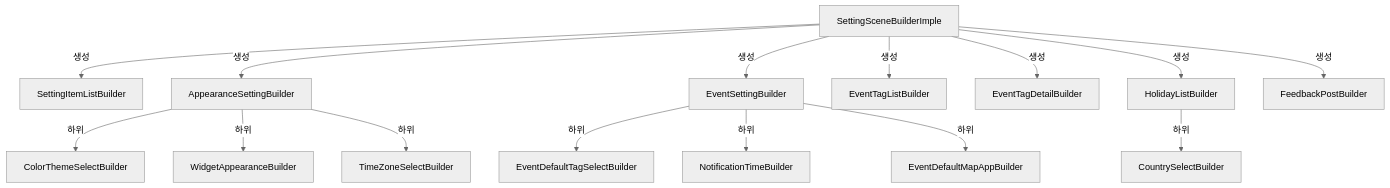
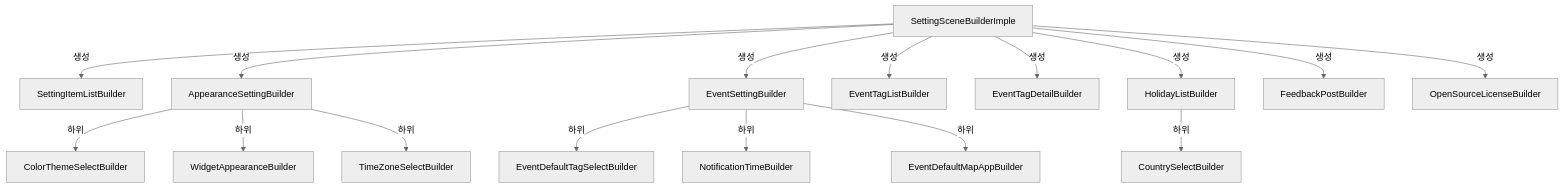
Before and after one commit to sudopark/TodoCalendar: the fifth of 5 diagrams in Presentations/SettingScene/CLAUDE.md, drawn with Mermaid (neutral theme). The commit also changed other lines of this file and 12 other files, not shown here.

First line of the commit message:
[#915] 설정의 Source Code 항목을 Open Source License로 교체

````diff
--- a/Presentations/SettingScene/CLAUDE.md
+++ b/Presentations/SettingScene/CLAUDE.md
@@ -122,20 +132,21 @@
 ```mermaid
 graph TD
     SSB[SettingSceneBuilderImple] -->|생성| SIL[SettingItemListBuilder]
     SSB -->|생성| ASB[AppearanceSettingBuilder]
     SSB -->|생성| ESB[EventSettingBuilder]
     SSB -->|생성| ETLB[EventTagListBuilder]
     SSB -->|생성| ETDB[EventTagDetailBuilder]
     SSB -->|생성| HLB[HolidayListBuilder]
     SSB -->|생성| FPB[FeedbackPostBuilder]
+    SSB -->|생성| OSLB[OpenSourceLicenseBuilder]
 
     ASB -->|하위| CTB[ColorThemeSelectBuilder]
     ASB -->|하위| WAB[WidgetAppearanceBuilder]
     ASB -->|하위| TZB[TimeZoneSelectBuilder]
 
     ESB -->|하위| ETSB[EventDefaultTagSelectBuilder]
     ESB -->|하위| ENTB[NotificationTimeBuilder]
     ESB -->|하위| EMAB[EventDefaultMapAppBuilder]
 
     HLB -->|하위| CSB[CountrySelectBuilder]
 ```
````
